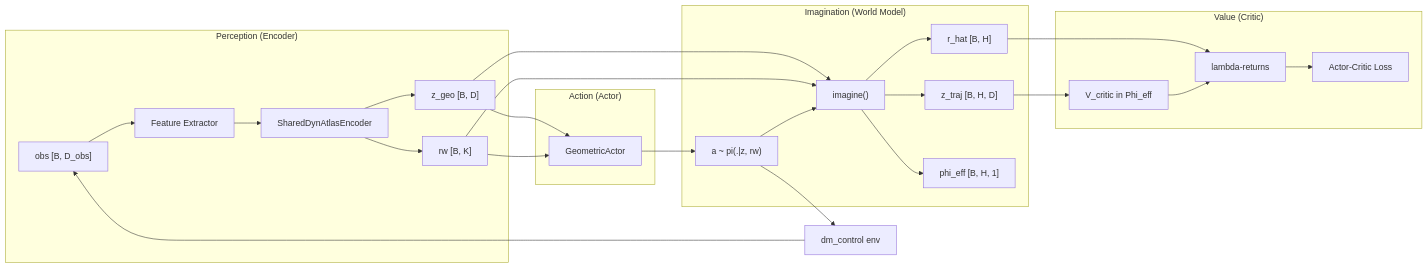
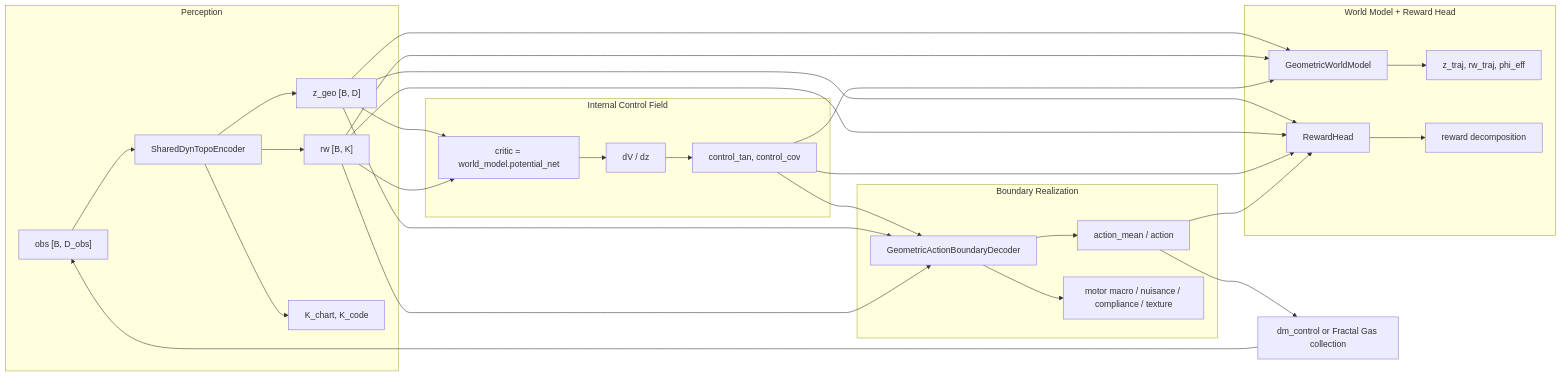
Before and after one commit to FragileTech/fragile: the diagram in docs/source/1_agent/11_implementation/03_dreamer.md, drawn with Mermaid. The commit also changed other lines of this file and 7 other files, not shown here.

First line of the commit message:
Geometric Dreamer: reward form split, action manifold, buffer fixes

````diff
--- a/docs/source/1_agent/11_implementation/03_dreamer.md
+++ b/docs/source/1_agent/11_implementation/03_dreamer.md
@@ -85,34 +62,39 @@
 ```{mermaid}
 flowchart LR
-    subgraph Perception["Perception (Encoder)"]
-        OBS["obs [B, D_obs]"] --> FE["Feature Extractor"]
-        FE --> ENC["SharedDynAtlasEncoder"]
+    subgraph Perception["Perception"]
+        OBS["obs [B, D_obs]"] --> ENC["SharedDynTopoEncoder"]
         ENC --> Z["z_geo [B, D]"]
         ENC --> RW["rw [B, K]"]
+        ENC --> K["K_chart, K_code"]
     end
 
-    subgraph Imagination["Imagination (World Model)"]
-        Z --> IM["imagine()"]
-        RW --> IM
-        ACT --> IM
-        IM --> ZT["z_traj [B, H, D]"]
-        IM --> RT["r_hat [B, H]"]
-        IM --> PHI["phi_eff [B, H, 1]"]
+    subgraph Control["Internal Control Field"]
+        Z --> CRIT["critic = world_model.potential_net"]
+        RW --> CRIT
+        CRIT --> GRAD["dV / dz"]
+        GRAD --> CT["control_tan, control_cov"]
     end
 
-    subgraph Action["Action (Actor)"]
-        Z --> A["GeometricActor"]
-        RW --> A
-        A --> ACT["a ~ pi(.|z, rw)"]
+    subgraph Boundary["Boundary Realization"]
+        CT --> DEC["GeometricActionBoundaryDecoder"]
+        Z --> DEC
+        RW --> DEC
+        DEC --> ACT["action_mean / action"]
+        DEC --> MBOUND["motor macro / nuisance / compliance / texture"]
     end
 
-    subgraph Value["Value (Critic)"]
-        ZT --> V["V_critic in Phi_eff"]
-        RT --> LAM["lambda-returns"]
-        V --> LAM
-        LAM --> LOSS["Actor-Critic Loss"]
+    subgraph Imagination["World Model + Reward Head"]
+        Z --> WM["GeometricWorldModel"]
+        RW --> WM
+        CT --> WM
+        Z --> RH["RewardHead"]
+        RW --> RH
+        CT --> RH
+        ACT --> RH
+        WM --> ZT["z_traj, rw_traj, phi_eff"]
+        RH --> RT["reward decomposition"]
     end
 
-    ACT --> ENV["dm_control env"]
+    ACT --> ENV["dm_control or Fractal Gas collection"]
     ENV --> OBS
 ```
````
